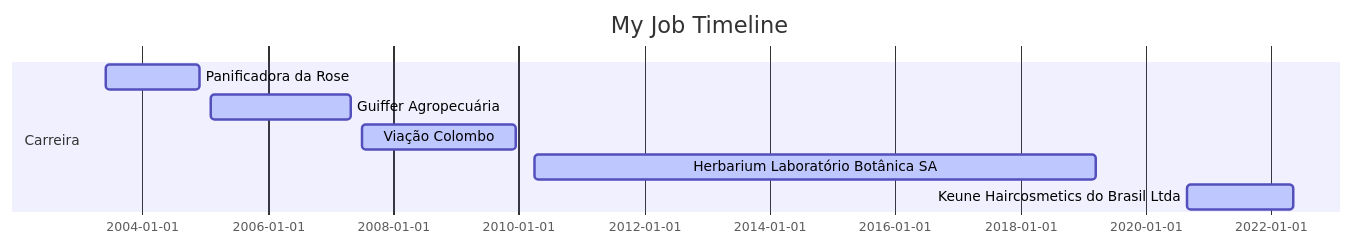
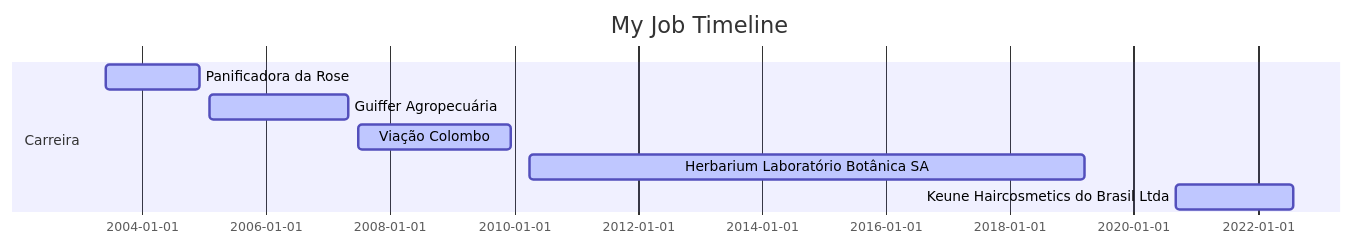
One commit to JardelSilva-86/JardelSilva changed the diagram in README.md. Above: the diagram before and after it, drawn with Mermaid. The commit also changed other lines of this file, not shown here.

````diff
--- a/README.md
+++ b/README.md
@@ -4,14 +4,14 @@
 ```mermaid
 
 gantt
 dateFormat  DD-MM-YYYY
 title My Job Timeline
 
 section Carreira
 Panificadora da Rose                  :active,, 01-06-2003, 01-12-2004
 Guiffer Agropecuária                  :active,, 01-02-2005, 01-05-2007
 Viação Colombo                        :active,, 01-07-2007, 13-12-2009
 Herbarium Laboratório Botânica SA     :active,, 01-04-2010, 18-03-2019
-Keune Haircosmetics do Brasil Ltda    :active,, 01-09-2020, 10-05-2022
+Keune Haircosmetics do Brasil Ltda    :active,, 01-09-2020, 29-07-2022
 
 ```
````
